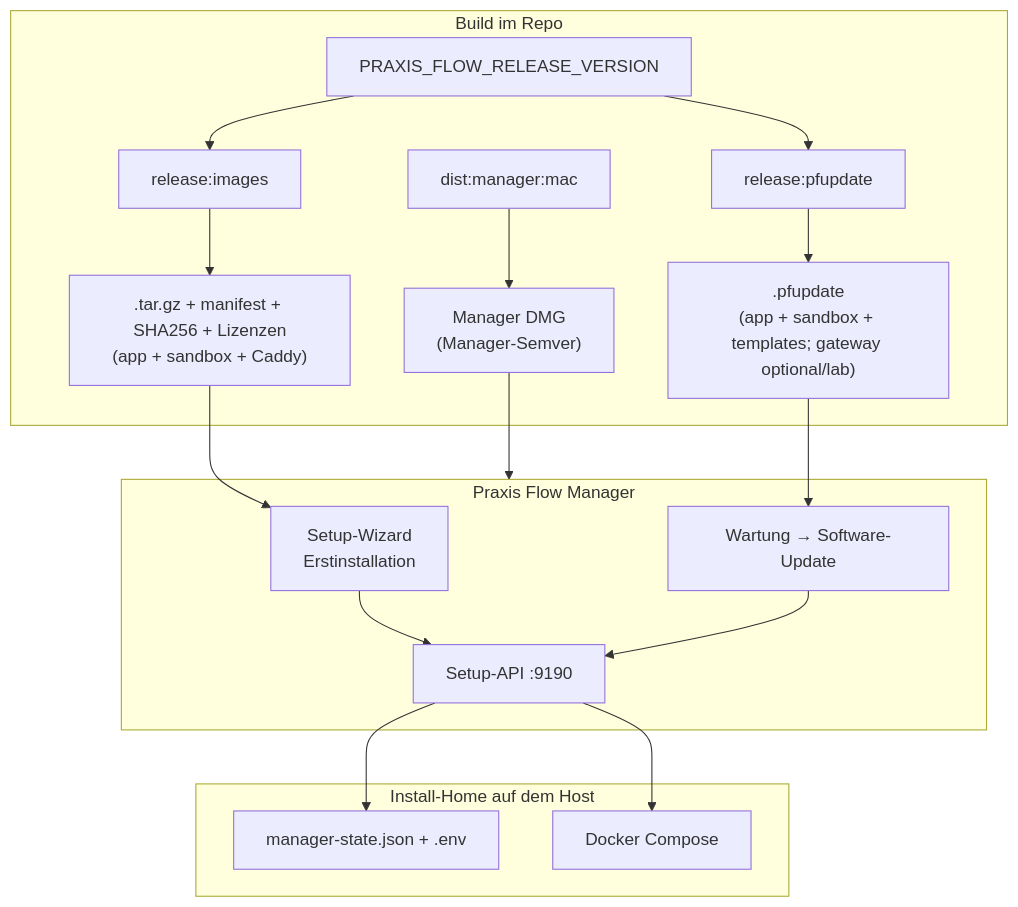
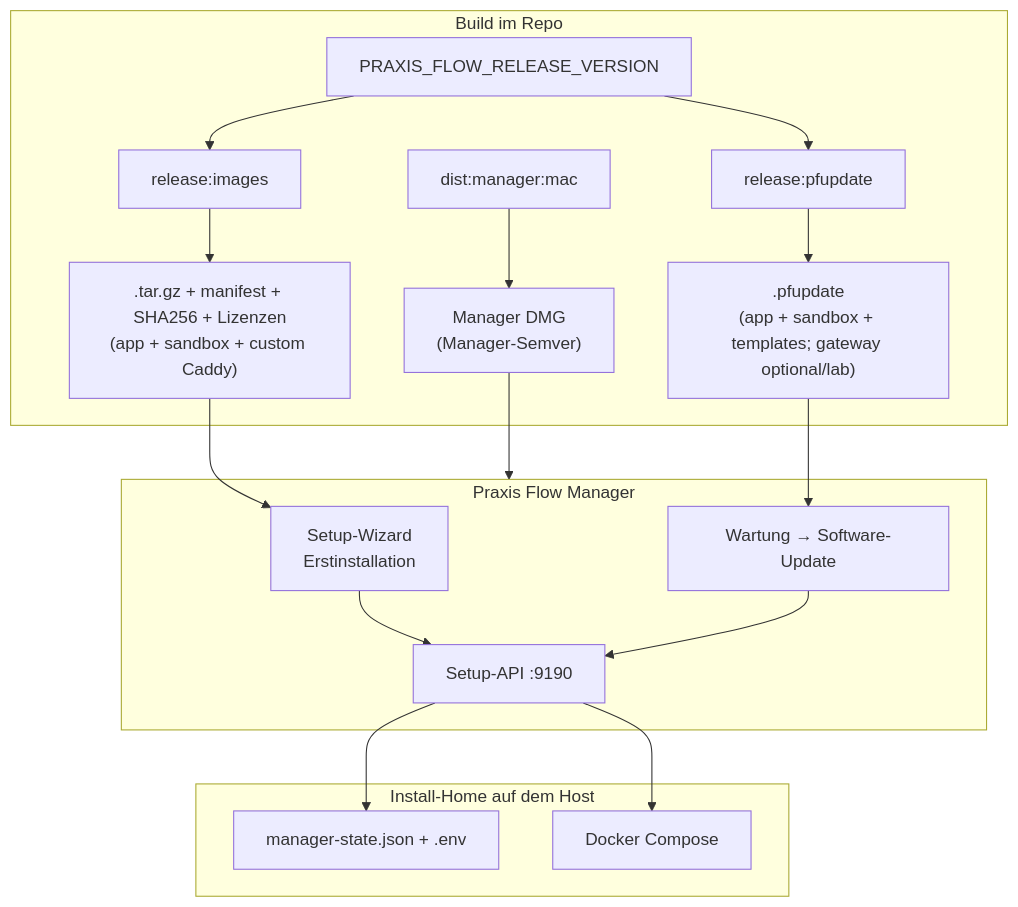
Before and after one commit to nox-do/wartezimmer: the diagram in docs/delivery.md, drawn with Mermaid. The commit also changed other lines of this file and 57 other files, not shown here.

````diff
--- a/docs/delivery.md
+++ b/docs/delivery.md
@@ -13,33 +13,33 @@
 ```mermaid
 flowchart TB
   subgraph build [Build im Repo]
     RV["PRAXIS_FLOW_RELEASE_VERSION"]
     RI["release:images"]
     RP["release:pfupdate"]
     DM["dist:manager:mac"]
     RV --> RI
     RV --> RP
-    RI --> TAR[".tar.gz + manifest + SHA256 + Lizenzen<br/>(app + sandbox + Caddy)"]
+    RI --> TAR[".tar.gz + manifest + SHA256 + Lizenzen<br/>(app + sandbox + custom Caddy)"]
     RP --> PFU[".pfupdate<br/>(app + sandbox + templates; gateway optional/lab)"]
     DM --> DMG["Manager DMG<br/>(Manager-Semver)"]
   end
 
   subgraph manager [Praxis Flow Manager]
     WIZ["Setup-Wizard<br/>Erstinstallation"]
     MAINT["Wartung → Software-Update"]
     API["Setup-API :9190"]
     WIZ --> API
     MAINT --> API
   end
 
   subgraph host [Install-Home auf dem Host]
     STATE["manager-state.json + .env"]
     DOCKER["Docker Compose"]
   end
 
   TAR --> WIZ
   PFU --> MAINT
   DMG --> manager
   API --> STATE
   API --> DOCKER
 ```
````
